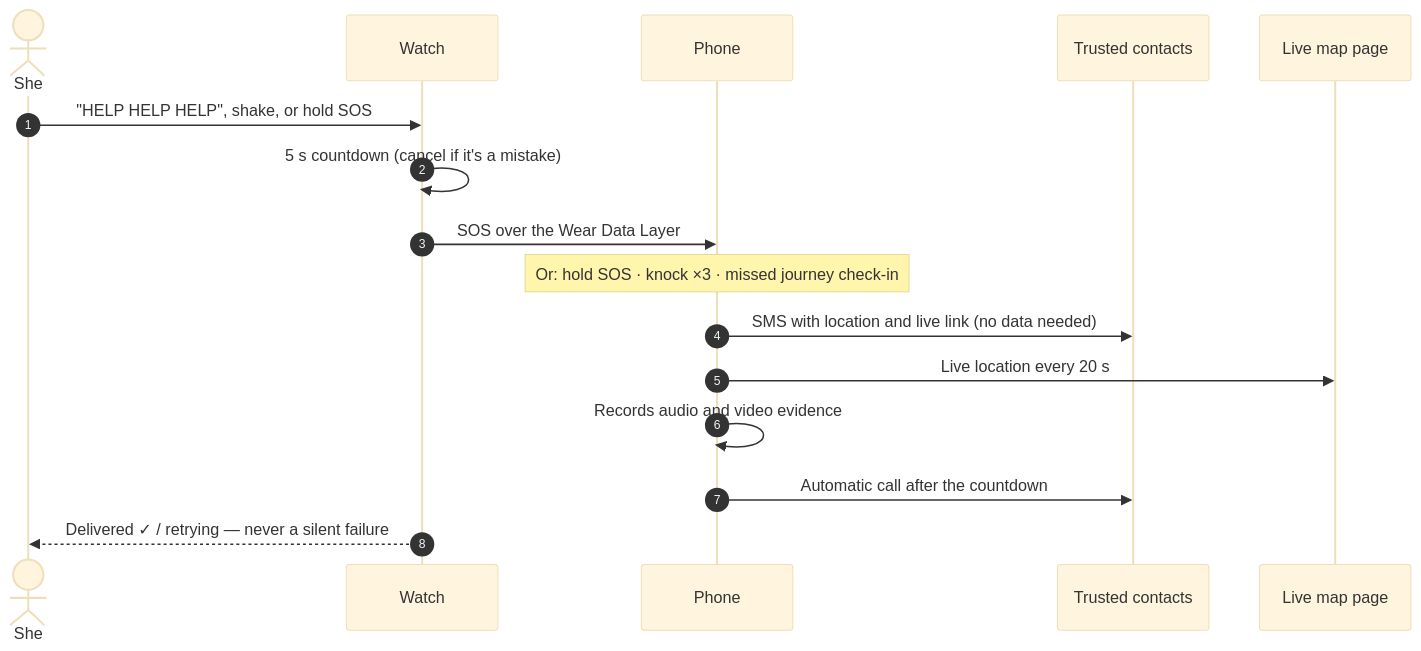
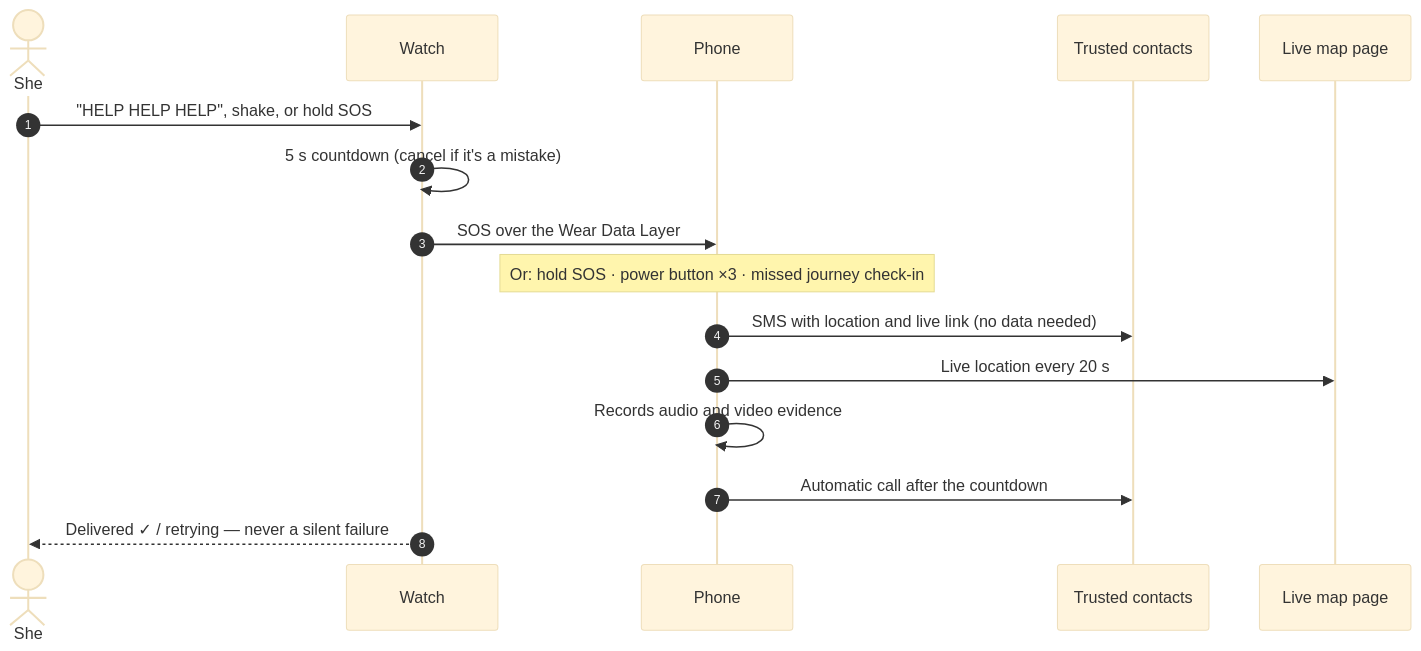
The first of 2 diagrams in README.md (Sanskar-Dwivedi/Safe4Her), drawn with Mermaid (base theme) before and after one commit. The commit also changed other lines of this file and 12 other files, not shown here.

````diff
--- a/README.md
+++ b/README.md
@@ -127,18 +127,18 @@
 ```mermaid
 sequenceDiagram
     autonumber
     actor She
     participant Watch
     participant Phone
     participant Contacts as Trusted contacts
     participant Live as Live map page
     She->>Watch: "HELP HELP HELP", shake, or hold SOS
     Watch->>Watch: 5 s countdown (cancel if it's a mistake)
     Watch->>Phone: SOS over the Wear Data Layer
-    Note over Phone: Or: hold SOS · knock ×3 · missed journey check-in
+    Note over Phone: Or: hold SOS · power button ×3 · missed journey check-in
     Phone->>Contacts: SMS with location and live link (no data needed)
     Phone->>Live: Live location every 20 s
     Phone->>Phone: Records audio and video evidence
     Phone->>Contacts: Automatic call after the countdown
     Watch-->>She: Delivered ✓ / retrying — never a silent failure
 ```
````
